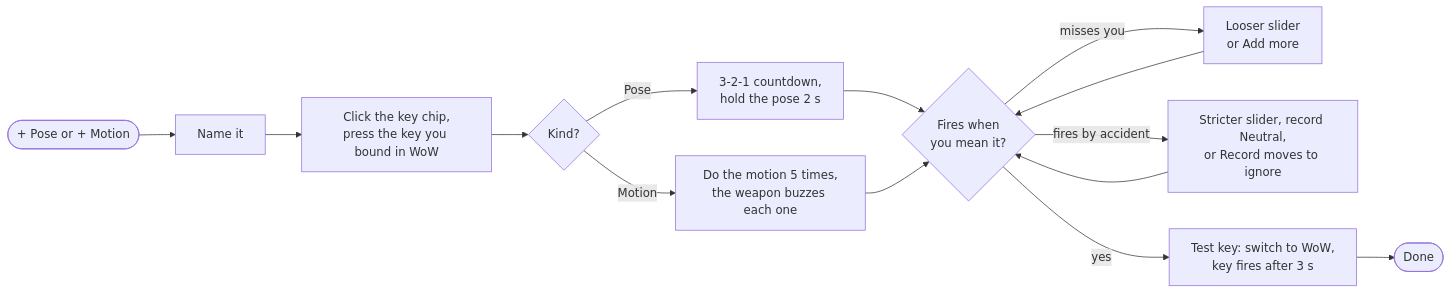
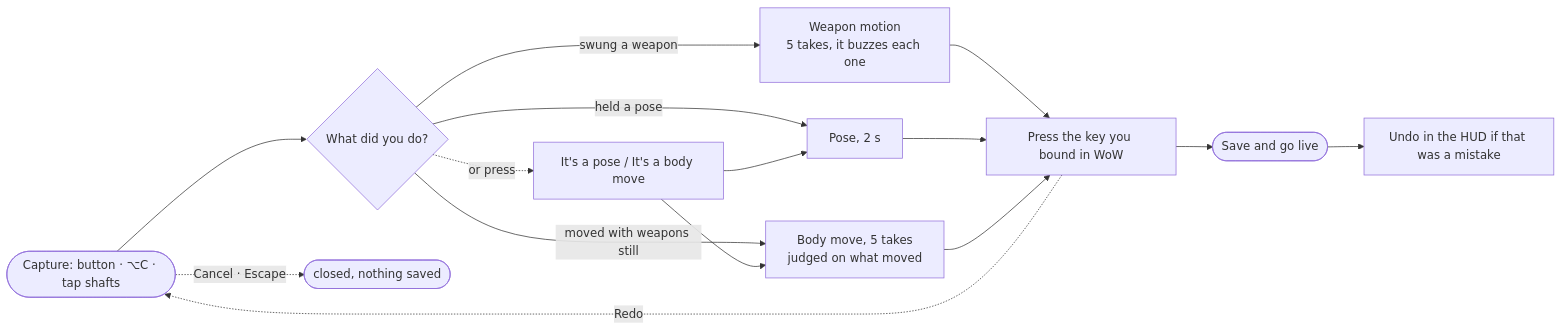
The fourth of 8 diagrams in docs/user-flows.md (Gordoburrito/mocap-wow), drawn with Mermaid before and after one commit. The commit also changed other lines of this file and 14 other files, not shown here.

````diff
--- a/docs/user-flows.md
+++ b/docs/user-flows.md
@@ -21,16 +86,16 @@
 ```mermaid
 flowchart LR
-    A([+ Pose or + Motion]) --> B[Name it]
-    B --> C[Click the key chip,<br/>press the key you bound in WoW]
-    C --> D{Kind?}
-    D -- Pose --> P[3-2-1 countdown,<br/>hold the pose 2 s]
-    D -- Motion --> S[Do the motion 5 times,<br/>the weapon buzzes each one]
-    P --> T{Fires when<br/>you mean it?}
-    S --> T
-    T -- misses you --> L[Looser slider<br/>or Add more]
-    T -- fires by accident --> R[Stricter slider, record Neutral,<br/>or Record moves to ignore]
-    L --> T
-    R --> T
-    T -- yes --> W[Test key: switch to WoW,<br/>key fires after 3 s]
-    W --> Z([Done])
+    A([Capture: button · ⌥C · tap shafts]) --> B{What did you do?}
+    B -- swung a weapon --> M[Weapon motion<br/>5 takes, it buzzes each one]
+    B -- held a pose --> P[Pose, 2 s]
+    B -- moved with weapons still --> V[Body move, 5 takes<br/>judged on what moved]
+    B -. or press .-> X[It's a pose / It's a body move]
+    X --> P
+    X --> V
+    M --> K[Press the key you bound in WoW]
+    P --> K
+    V --> K
+    K --> S([Save and go live]) --> U[Undo in the HUD if that was a mistake]
+    A -. Cancel · Escape .-> Out([closed, nothing saved])
+    K -. Redo .-> A
 ```
````
